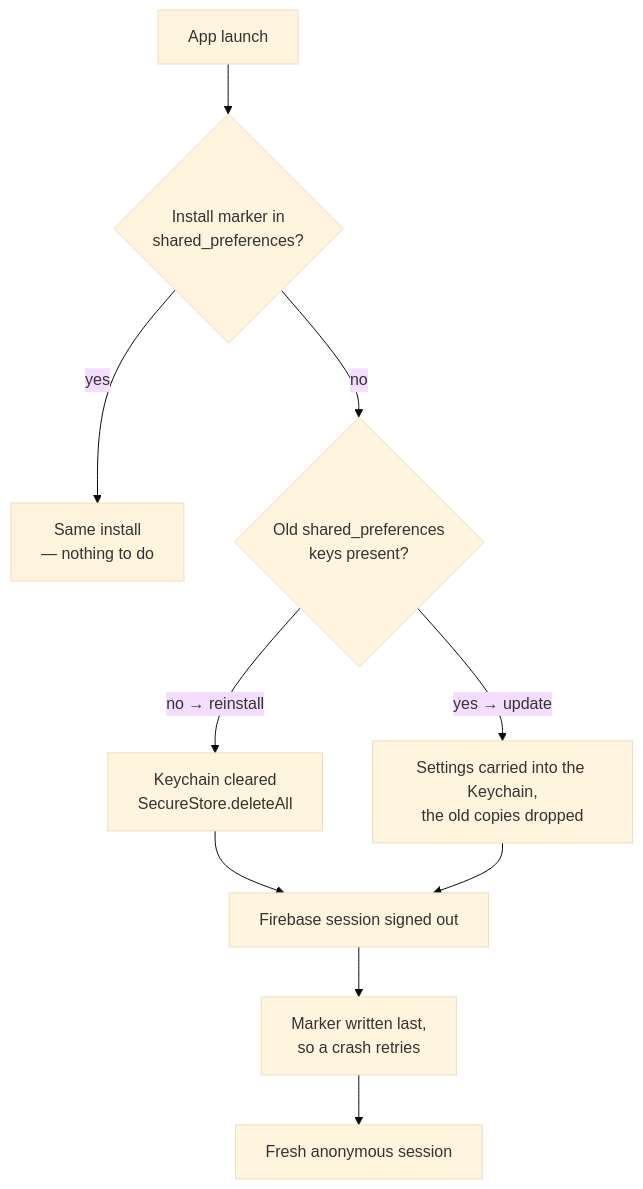
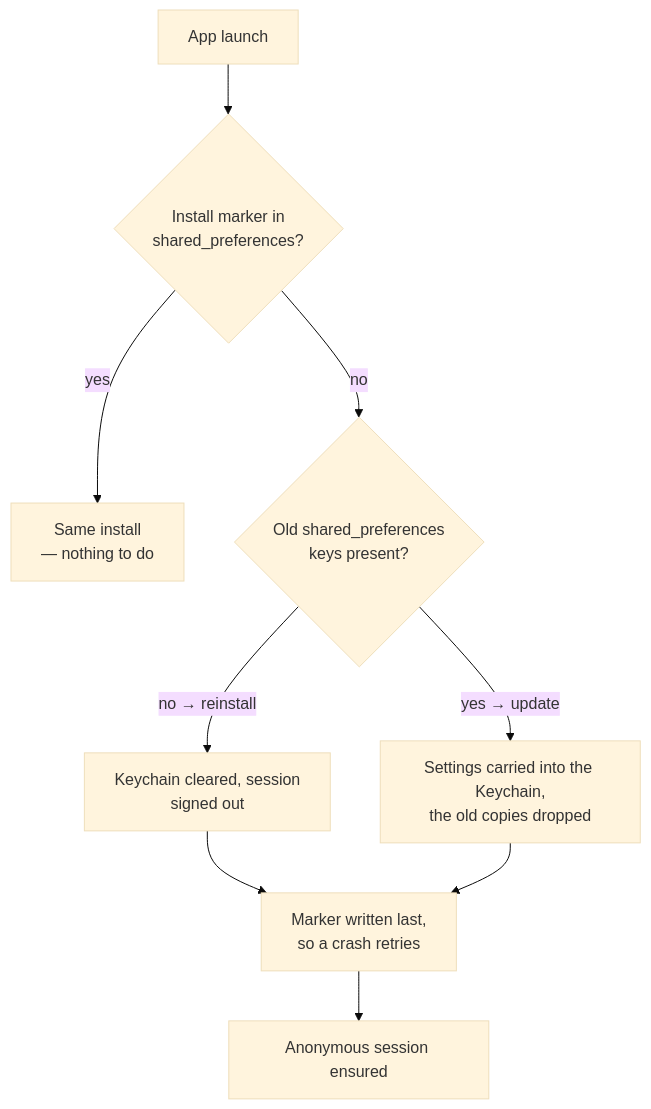
One commit to DAMHONGDUC/migraine-tracker changed the first of 2 diagrams in README.md. Above: the diagram before and after it, drawn with Mermaid (base theme). The commit also changed other lines of this file and 1 other file, not shown here.

Commit message:
docs: update docs - detail is the sign-out being reinstall-only

````diff
--- a/README.md
+++ b/README.md
@@ -167,12 +167,11 @@
 ```mermaid
 flowchart TD
   A["App launch"] --> B{"Install marker in<br/>shared_preferences?"}
   B -- "yes" --> C["Same install<br/>— nothing to do"]
   B -- "no" --> D{"Old shared_preferences<br/>keys present?"}
-  D -- "no → reinstall" --> E["Keychain cleared<br/>SecureStore.deleteAll"]
+  D -- "no → reinstall" --> E["Keychain cleared, session<br/>signed out"]
   D -- "yes → update" --> F["Settings carried into the Keychain,<br/>the old copies dropped"]
-  E --> G["Firebase session signed out"]
-  F --> G
-  G --> H["Marker written last,<br/>so a crash retries"]
-  H --> I["Fresh anonymous session"]
+  E --> H
+  F --> H["Marker written last,<br/>so a crash retries"]
+  H --> I["Anonymous session ensured"]
 ```
````
